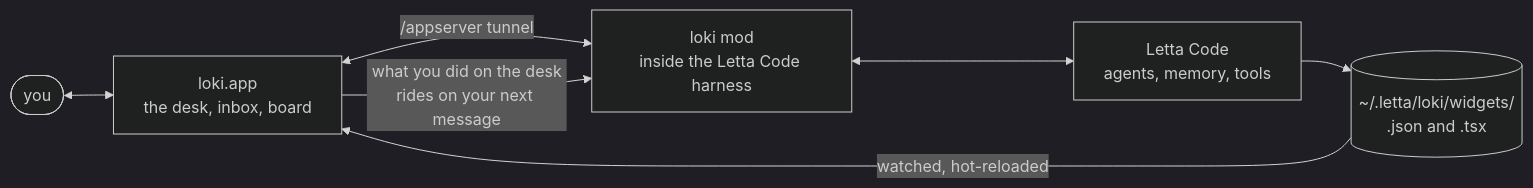
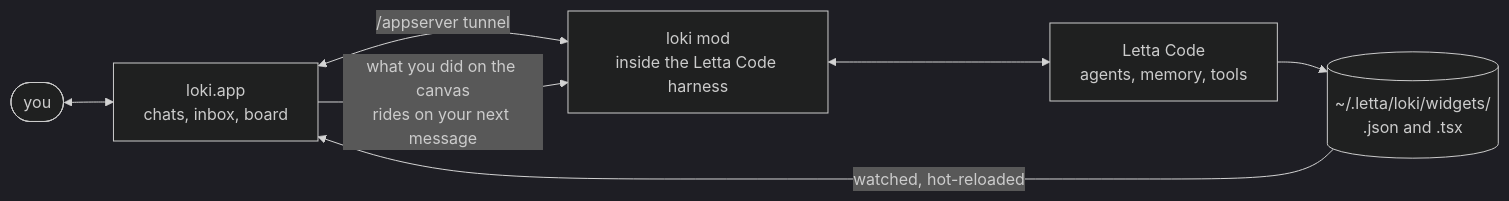
Before and after one commit to AlmondLabs/loki: the diagram in README.md, drawn with Mermaid (dark theme). The commit also changed other lines of this file and 60 other files, not shown here.

First line of the commit message:
words: desks are now chats, and a chat's widget surface is its Canvas tab

````diff
--- a/README.md
+++ b/README.md
@@ -166,9 +166,9 @@
 ```mermaid
 flowchart LR
-  you([you]) <--> app[loki.app<br/>the desk, inbox, board]
+  you([you]) <--> app[loki.app<br/>chats, inbox, board]
   app <-->|"/appserver tunnel"| mod[loki mod<br/>inside the Letta Code harness]
   mod <--> harness[Letta Code<br/>agents, memory, tools]
   harness --> files[("~/.letta/loki/widgets/<br/>.json and .tsx")]
   files -->|"watched, hot-reloaded"| app
-  app -->|"what you did on the desk<br/>rides on your next message"| mod
+  app -->|"what you did on the canvas<br/>rides on your next message"| mod
 ```
````
